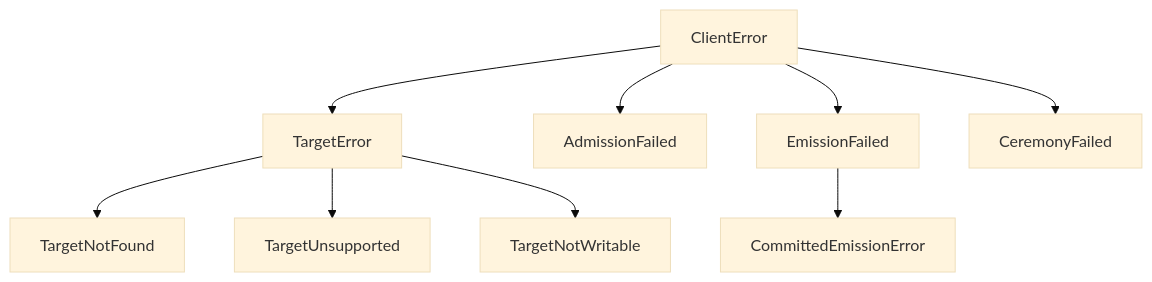
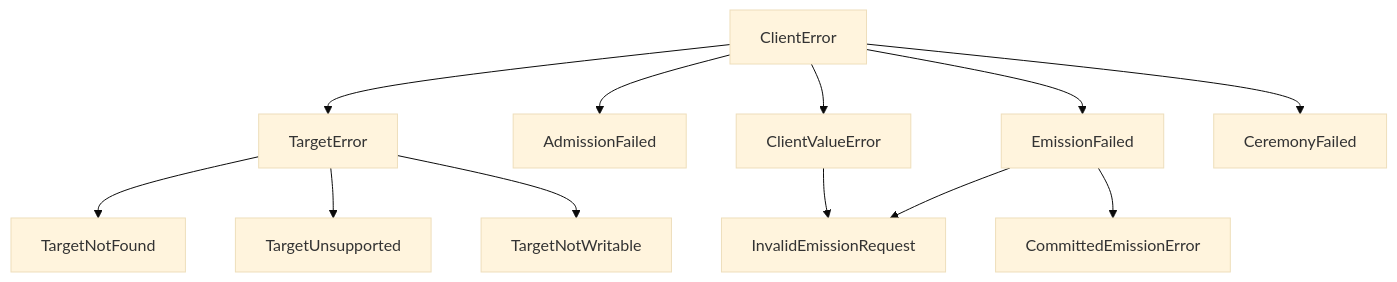
The diagram in libs/client/README.md (kgruel/strange-loops), drawn with Mermaid (base theme) before and after one commit. The commit also changed other lines of this file and 6 other files, not shown here.

Commit message:
feat(client): implement search_facts, resolve_entity, read_timeline, sync_target, and aggregate vertex reads

````diff
--- a/libs/client/README.md
+++ b/libs/client/README.md
@@ -133,11 +158,14 @@
 ```mermaid
 graph TD
     ClientError --> TargetError
     TargetError --> TargetNotFound
     TargetError --> TargetUnsupported
     TargetError --> TargetNotWritable
     ClientError --> AdmissionFailed
     ClientError --> EmissionFailed
+    ClientError --> ClientValueError
+    ClientValueError --> InvalidEmissionRequest
+    EmissionFailed --> InvalidEmissionRequest
     EmissionFailed --> CommittedEmissionError
     ClientError --> CeremonyFailed
 ```
````
